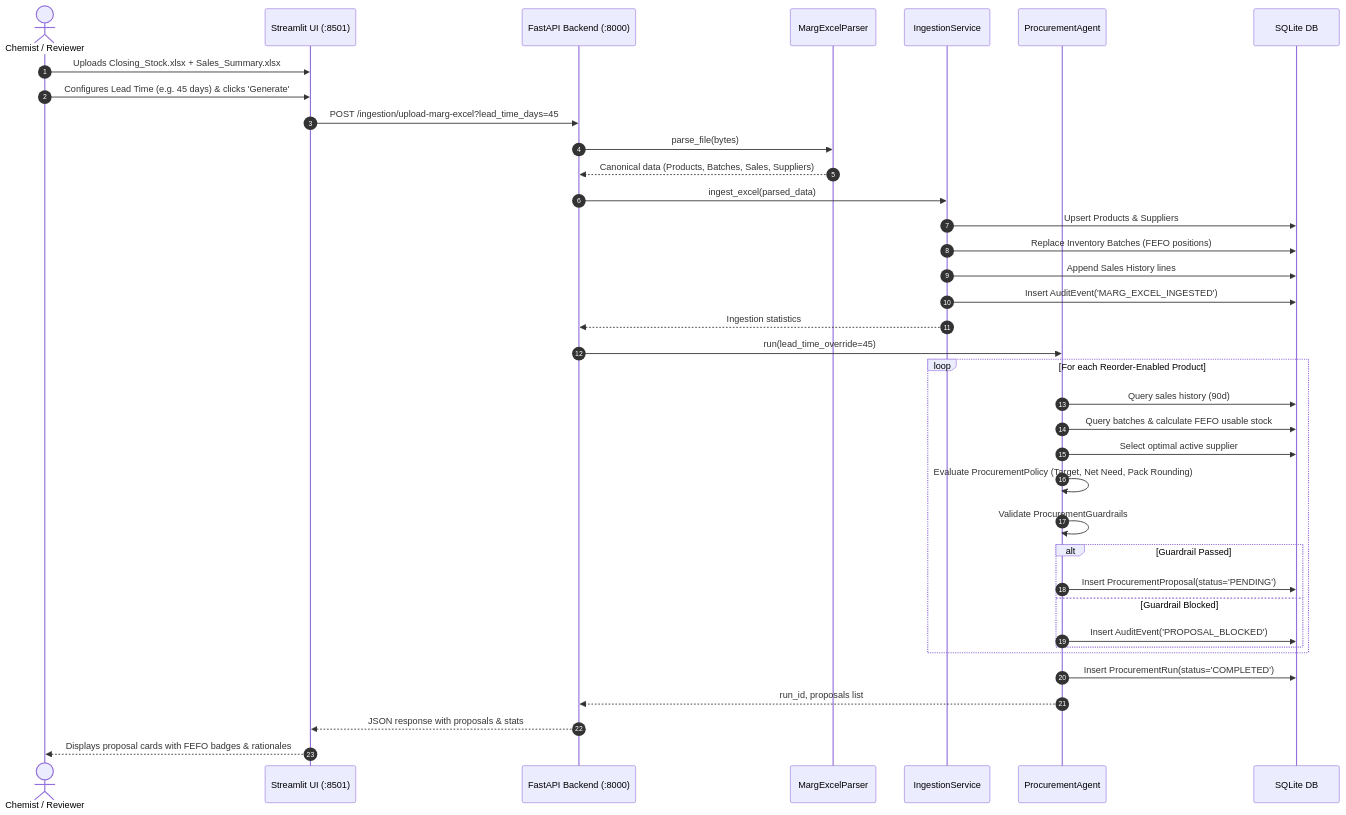
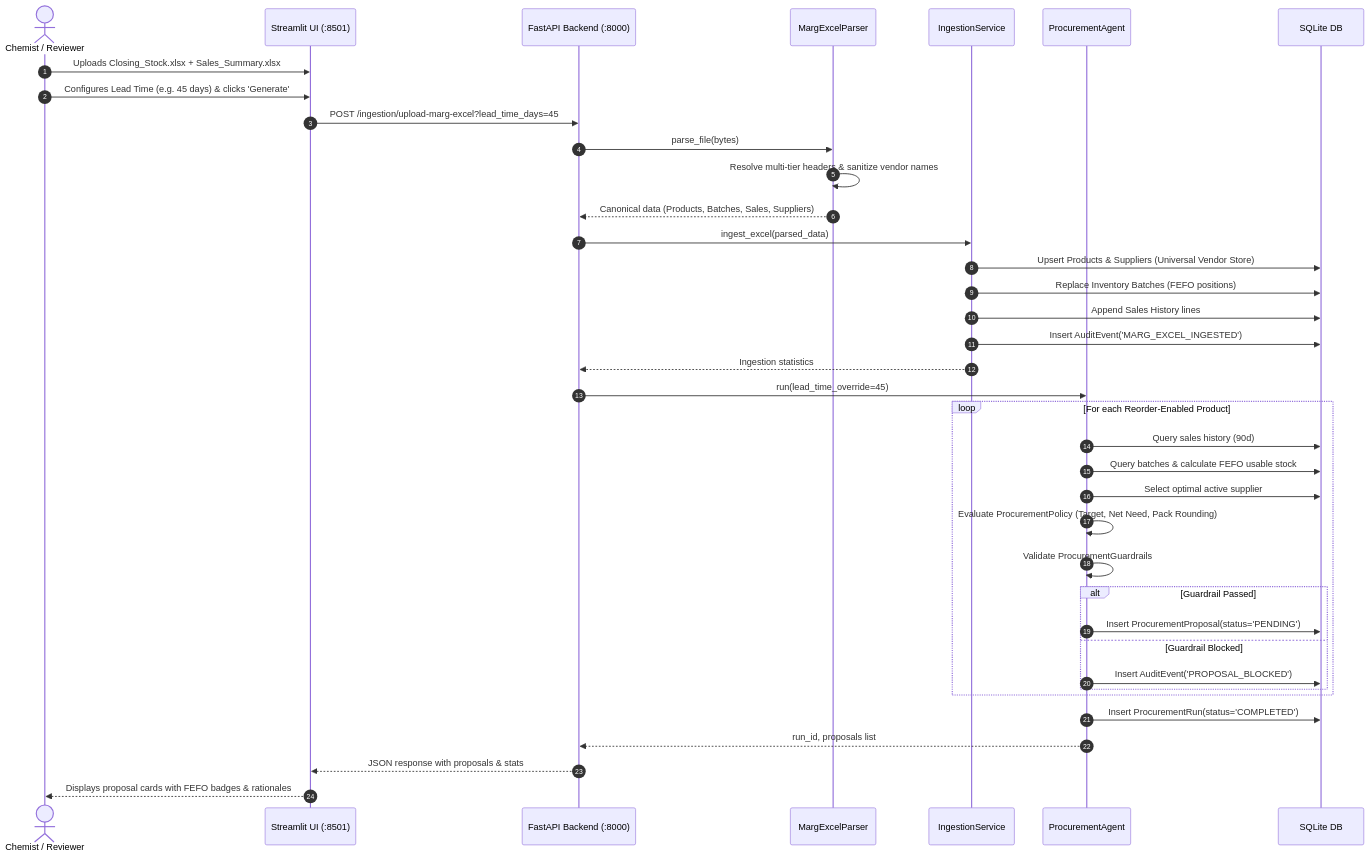
One commit to debnathch/procurement_agent changed the third of 5 diagrams in LLD.md. Above: the diagram before and after it, drawn with Mermaid. The commit also changed other lines of this file and 18 other files, not shown here.

Commit message:
feat: add zero-reorder tab, universal supplier ingestion, desktop launchers, docstrings, and updated LLD & architecture

````diff
--- a/LLD.md
+++ b/LLD.md
@@ -301,41 +357,42 @@
 ```mermaid
 sequenceDiagram
     autonumber
     actor User as Chemist / Reviewer
     participant UI as Streamlit UI (:8501)
     participant API as FastAPI Backend (:8000)
     participant Parser as MargExcelParser
     participant Svc as IngestionService
     participant Agent as ProcurementAgent
     participant DB as SQLite DB
 
     User->>UI: Uploads Closing_Stock.xlsx + Sales_Summary.xlsx
     User->>UI: Configures Lead Time (e.g. 45 days) & clicks 'Generate'
     UI->>API: POST /ingestion/upload-marg-excel?lead_time_days=45
     API->>Parser: parse_file(bytes)
+    Parser->>Parser: Resolve multi-tier headers & sanitize vendor names
     Parser-->>API: Canonical data (Products, Batches, Sales, Suppliers)
     API->>Svc: ingest_excel(parsed_data)
-    Svc->>DB: Upsert Products & Suppliers
+    Svc->>DB: Upsert Products & Suppliers (Universal Vendor Store)
     Svc->>DB: Replace Inventory Batches (FEFO positions)
     Svc->>DB: Append Sales History lines
     Svc->>DB: Insert AuditEvent('MARG_EXCEL_INGESTED')
     Svc-->>API: Ingestion statistics
 
     API->>Agent: run(lead_time_override=45)
     loop For each Reorder-Enabled Product
         Agent->>DB: Query sales history (90d)
         Agent->>DB: Query batches & calculate FEFO usable stock
         Agent->>DB: Select optimal active supplier
         Agent->>Agent: Evaluate ProcurementPolicy (Target, Net Need, Pack Rounding)
         Agent->>Agent: Validate ProcurementGuardrails
         alt Guardrail Passed
             Agent->>DB: Insert ProcurementProposal(status='PENDING')
         else Guardrail Blocked
             Agent->>DB: Insert AuditEvent('PROPOSAL_BLOCKED')
         end
     end
     Agent->>DB: Insert ProcurementRun(status='COMPLETED')
     Agent-->>API: run_id, proposals list
     API-->>UI: JSON response with proposals & stats
     UI-->>User: Displays proposal cards with FEFO badges & rationales
 ```
````
